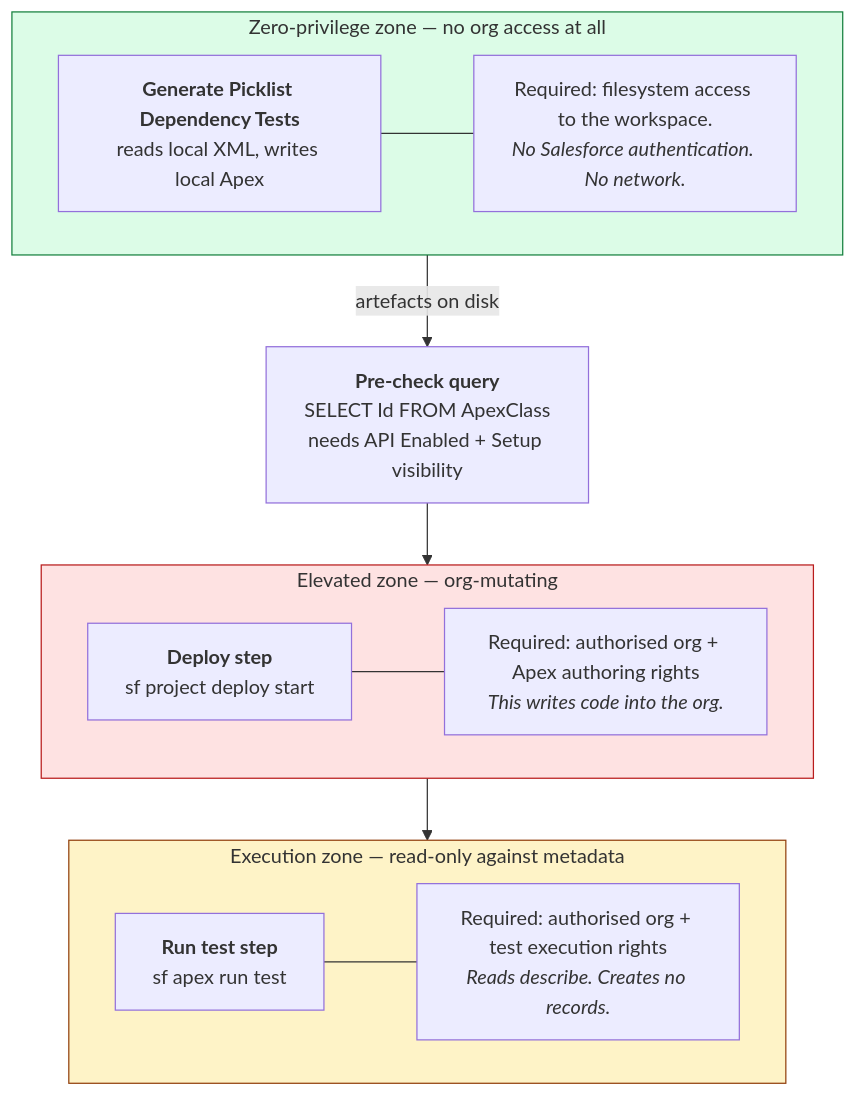
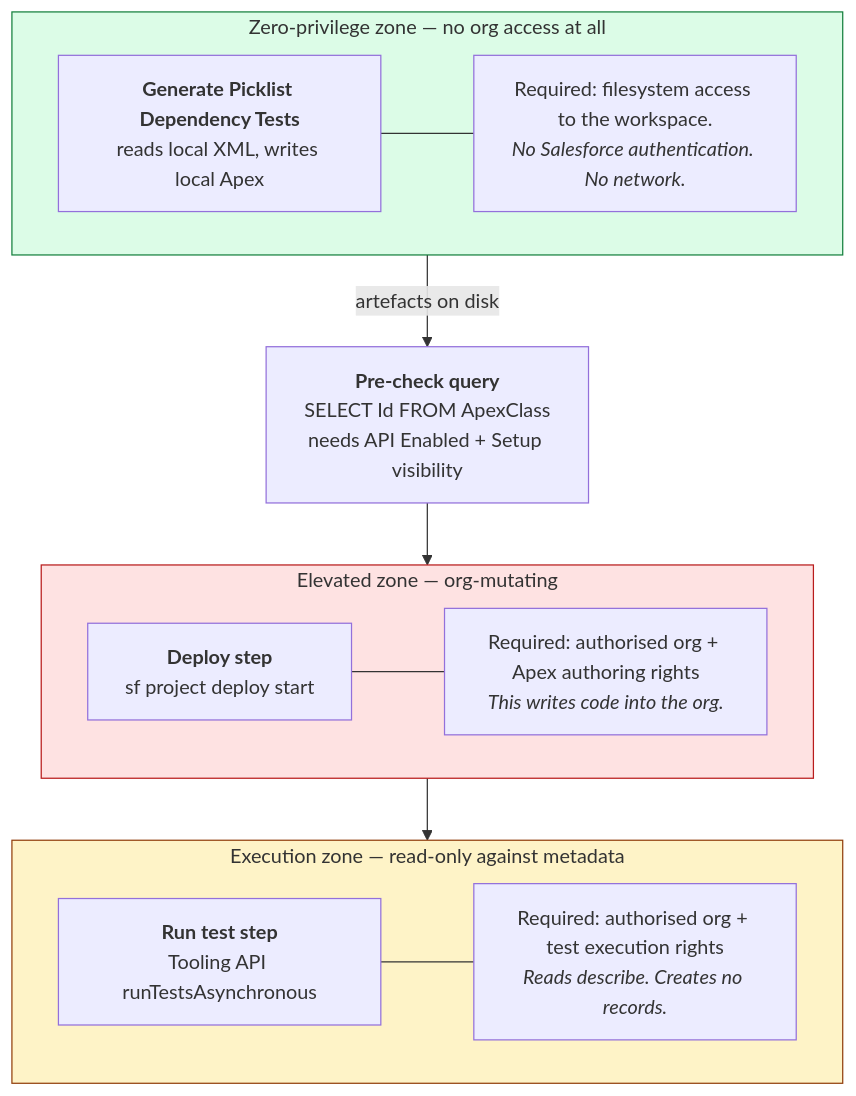
One commit to jdschleicher/Salesforce-Data-Treecipe changed diagram 14 of 17 in docs/PICKLIST-DEPENDENCY-TECHNICAL-DESIGN.md. Above: the diagram before and after it, drawn with Mermaid. The commit also changed other lines of this file and 10 other files, not shown here.

First line of the commit message:
v3.189.0 — Run Picklist Dependency Check runs the suite through the Tooling API, and Cancel aborts it in the org (#503) (#554)

````diff
--- a/docs/PICKLIST-DEPENDENCY-TECHNICAL-DESIGN.md
+++ b/docs/PICKLIST-DEPENDENCY-TECHNICAL-DESIGN.md
@@ -760,30 +760,30 @@
 ```mermaid
 flowchart TB
     subgraph zero["Zero-privilege zone — no org access at all"]
         G["<b>Generate Picklist Dependency Tests</b><br/>reads local XML, writes local Apex"]
         GP["Required: filesystem access to the workspace.<br/><i>No Salesforce authentication. No network.</i>"]
         G --- GP
     end
 
     subgraph high["Elevated zone — org-mutating"]
         D["<b>Deploy step</b><br/>sf project deploy start"]
         DP["Required: authorised org + Apex authoring rights<br/><i>This writes code into the org.</i>"]
         D --- DP
     end
 
     subgraph exec["Execution zone — read-only against metadata"]
-        R["<b>Run test step</b><br/>sf apex run test"]
+        R["<b>Run test step</b><br/>Tooling API runTestsAsynchronous"]
         RP["Required: authorised org + test execution rights<br/><i>Reads describe. Creates no records.</i>"]
         R --- RP
     end
 
     Q["<b>Pre-check query</b><br/>SELECT Id FROM ApexClass<br/>needs API Enabled + Setup visibility"]
 
     zero -->|"artefacts on disk"| Q
     Q --> high
     high --> exec
 
     style zero fill:#dcfce7,stroke:#15803d
     style high fill:#fee2e2,stroke:#b91c1c
     style exec fill:#fef3c7,stroke:#92400e
 ```
````
